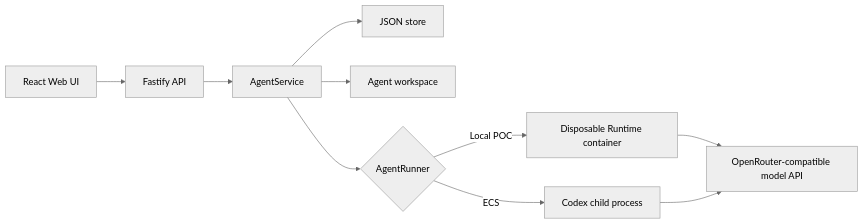
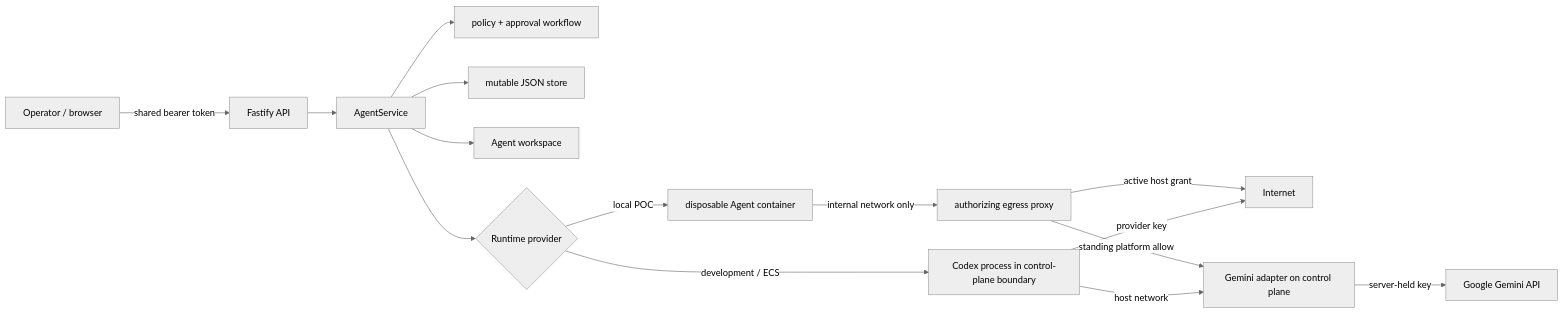
Before and after one commit to Tuxedolphin/TikTok-TechJam-2026: the diagram in docs/ARCHITECTURE.md, drawn with Mermaid (neutral theme). The commit also changed other lines of this file and 1 other file, not shown here.

Commit message:
docs: align architecture with enforcement boundaries

````diff
--- a/docs/ARCHITECTURE.md
+++ b/docs/ARCHITECTURE.md
@@ -5,12 +6,17 @@
 ```mermaid
 flowchart LR
-    UI["React Web UI"] --> API["Fastify API"]
+    Operator["Operator / browser"] -->|shared bearer token| API["Fastify API"]
     API --> Service["AgentService"]
-    Service --> Store["JSON store"]
+    Service --> Policy["policy + approval workflow"]
+    Service --> Store["mutable JSON store"]
     Service --> Workspace["Agent workspace"]
-    Service --> Runner{"AgentRunner"}
-    Runner -->|Local POC| Container["Disposable Runtime container"]
-    Runner -->|ECS| Process["Codex child process"]
-    Container --> ModelAPI["OpenRouter-compatible model API"]
-    Process --> ModelAPI
+    Service --> Runner{"Runtime provider"}
+    Runner -->|local POC| Container["disposable Agent container"]
+    Runner -->|development / ECS| Process["Codex process in control-plane boundary"]
+    Container -->|internal network only| Proxy["authorizing egress proxy"]
+    Proxy -->|active host grant| Internet["Internet"]
+    Proxy -->|standing platform allow| Adapter["Gemini adapter on control plane"]
+    Process -->|host network| Adapter
+    Process -->|provider key| Internet
+    Adapter -->|server-held key| Gemini["Google Gemini API"]
 ```
````
